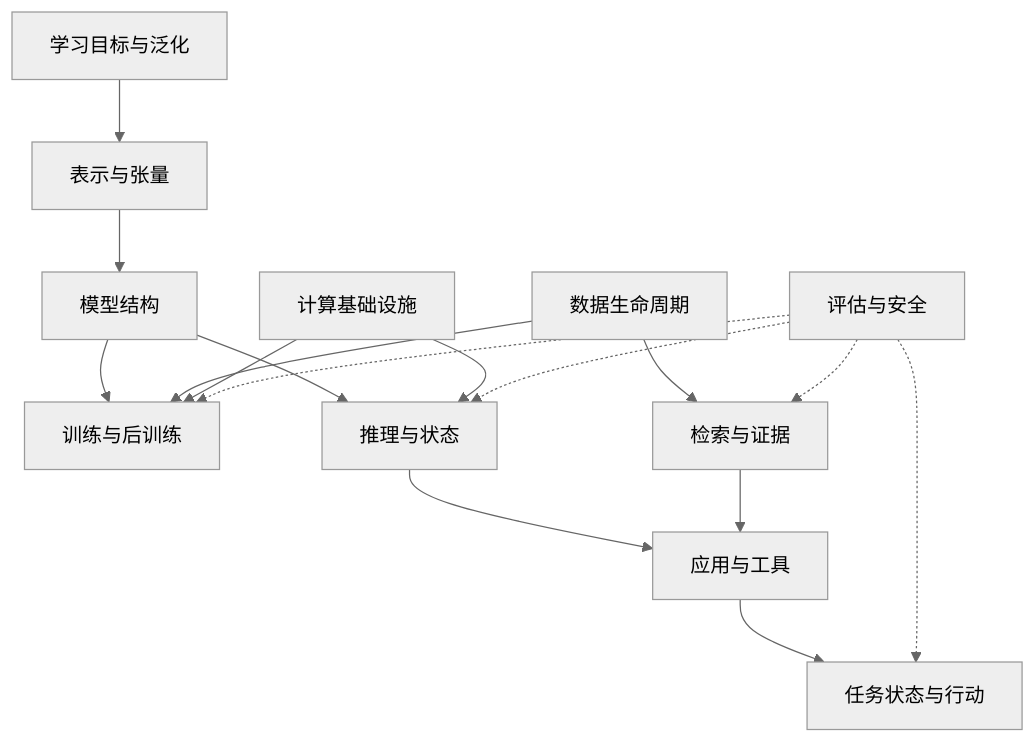
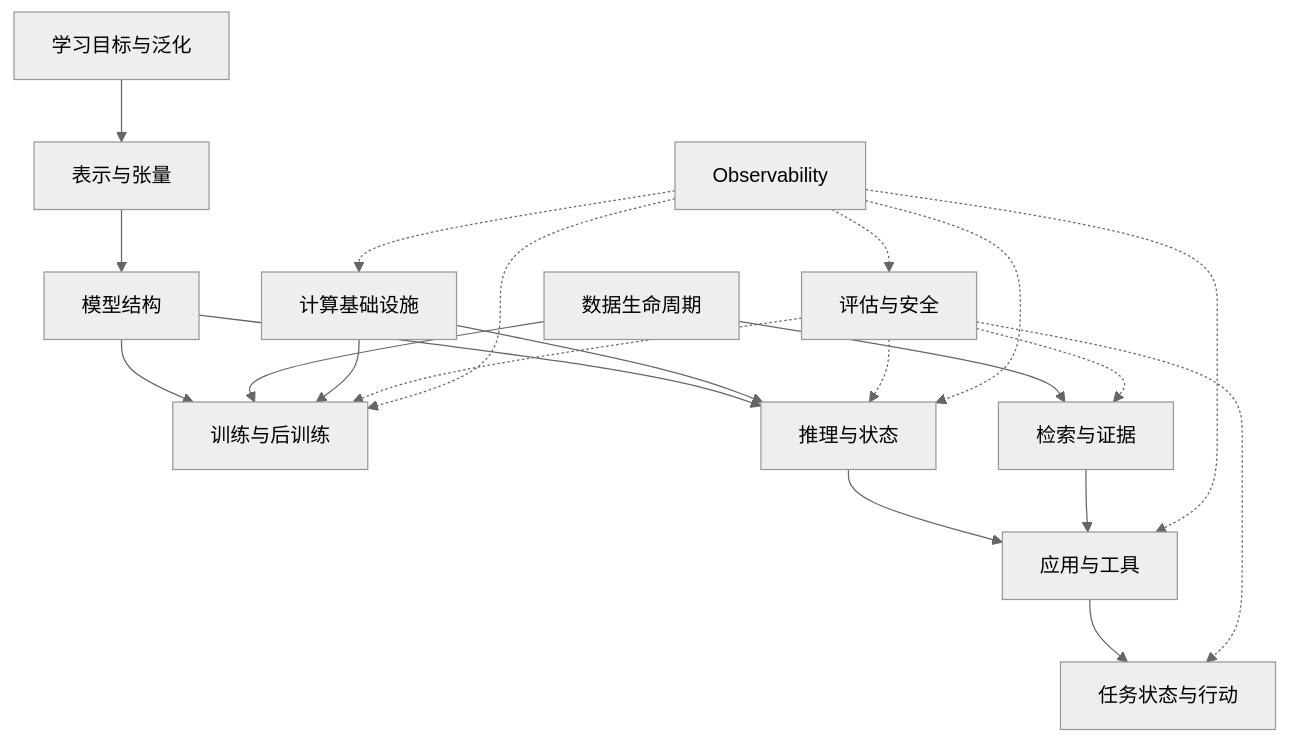
Before and after one commit to miauyle/ai-systems-architecture-guide: the diagram in docs/00-learning-roadmap.md, drawn with Mermaid (neutral theme). The commit also changed other lines of this file and 20 other files, not shown here.

````diff
--- a/docs/00-learning-roadmap.md
+++ b/docs/00-learning-roadmap.md
@@ -13,18 +13,23 @@
 ```mermaid
 flowchart TB
     ML[学习目标与泛化] --> REP[表示与张量]
     REP --> MOD[模型结构]
     MOD --> TR[训练与后训练]
     MOD --> INF[推理与状态]
     DATA[数据生命周期] --> TR
     DATA --> RET[检索与证据]
     HW[计算基础设施] --> TR
     HW --> INF
     INF --> APP[应用与工具]
     RET --> APP
     APP --> AG[任务状态与行动]
     EV[评估与安全] -.-> TR
     EV -.-> INF
     EV -.-> RET
     EV -.-> AG
+    OBS[Observability] -.-> TR
+    OBS -.-> INF
+    OBS -.-> HW
+    OBS -.-> APP
+    OBS -.-> EV
 ```
````
